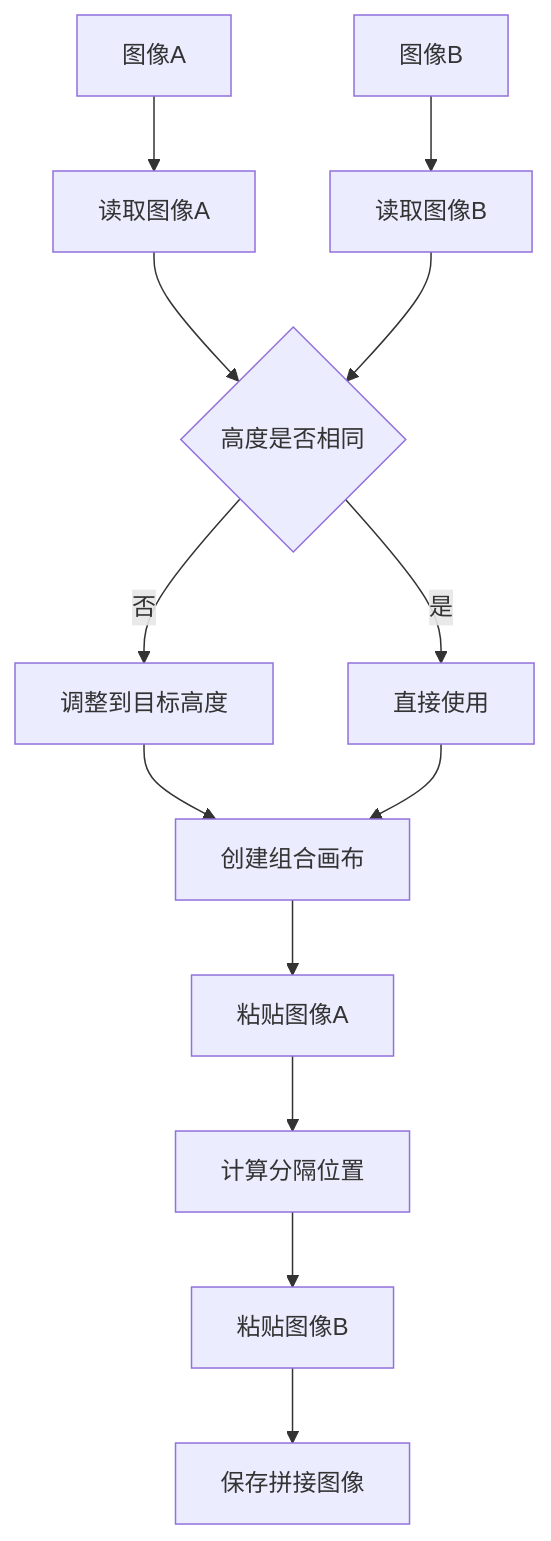
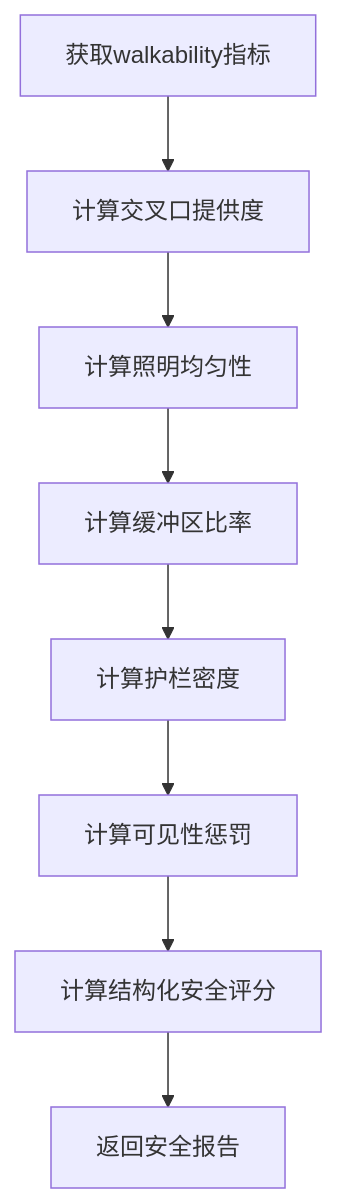
The eighth of 17 diagrams in .qoder/repowiki/zh/content/里程碑管道/自动场景生成流水线/自动场景生成流水线.md (wsqstar/RoadGen3D), drawn with Mermaid before and after one commit. The commit also changed other lines of this file and 12 other files, not shown here.

````diff
--- a/.qoder/repowiki/zh/content/里程碑管道/自动场景生成流水线/自动场景生成流水线.md
+++ b/.qoder/repowiki/zh/content/里程碑管道/自动场景生成流水线/自动场景生成流水线.md
@@ -324,15 +358,10 @@
 ```mermaid
 flowchart TD
-A[图像A] --> B[读取图像A]
-C[图像B] --> D[读取图像B]
-B --> E{高度是否相同}
-D --> E
-E --> |否| F[调整到目标高度]
-E --> |是| G[直接使用]
-F --> H[创建组合画布]
-G --> H
-H --> I[粘贴图像A]
-I --> J[计算分隔位置]
-J --> K[粘贴图像B]
-K --> L[保存拼接图像]
+A[获取walkability指标] --> B[计算交叉口提供度]
+B --> C[计算照明均匀性]
+C --> D[计算缓冲区比率]
+D --> E[计算护栏密度]
+E --> F[计算可见性惩罚]
+F --> G[计算结构化安全评分]
+G --> H[返回安全报告]
 ```
````
